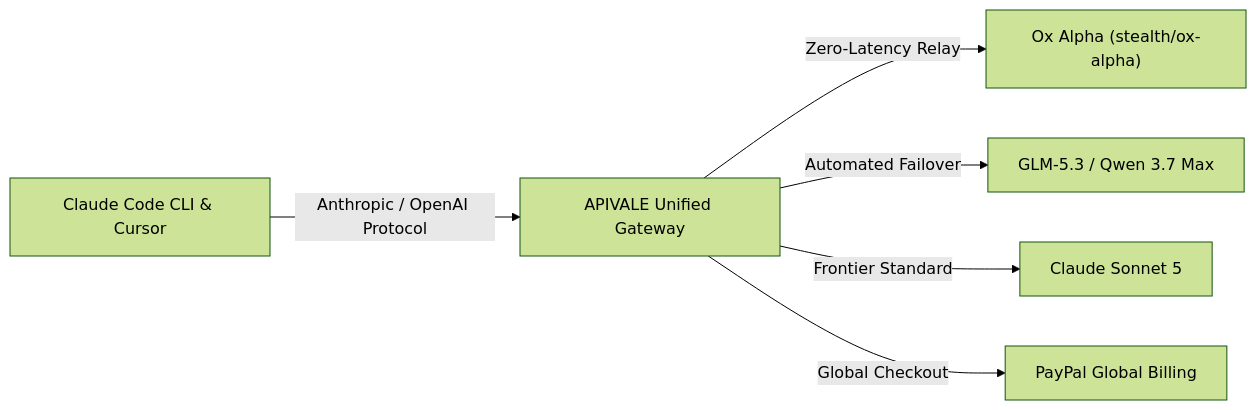
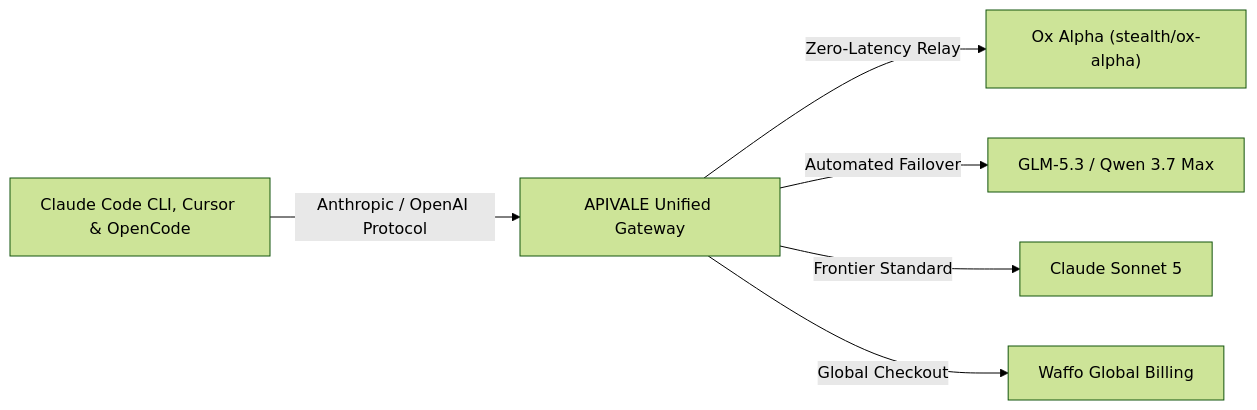
One commit to bshx2024/apivel_blog changed the diagram in src/content/blog/ox-alpha-claude-code-cursor-setup.md. Above: the diagram before and after it, drawn with Mermaid (forest theme). The commit also changed other lines of this file and 2 other files, not shown here.

````diff
--- a/src/content/blog/ox-alpha-claude-code-cursor-setup.md
+++ b/src/content/blog/ox-alpha-claude-code-cursor-setup.md
@@ -29,8 +29,8 @@
 ```mermaid
 graph LR
-    A["Claude Code CLI & Cursor"] -->|Anthropic / OpenAI Protocol| B["APIVALE Unified Gateway"]
+    A["Claude Code CLI, Cursor & OpenCode"] -->|Anthropic / OpenAI Protocol| B["APIVALE Unified Gateway"]
     B -->|Zero-Latency Relay| C["Ox Alpha (stealth/ox-alpha)"]
     B -->|Automated Failover| D["GLM-5.3 / Qwen 3.7 Max"]
     B -->|Frontier Standard| E["Claude Sonnet 5"]
-    B -->|Global Checkout| F["PayPal Global Billing"]
+    B -->|Global Checkout| F["Waffo Global Billing"]
 ```
````
